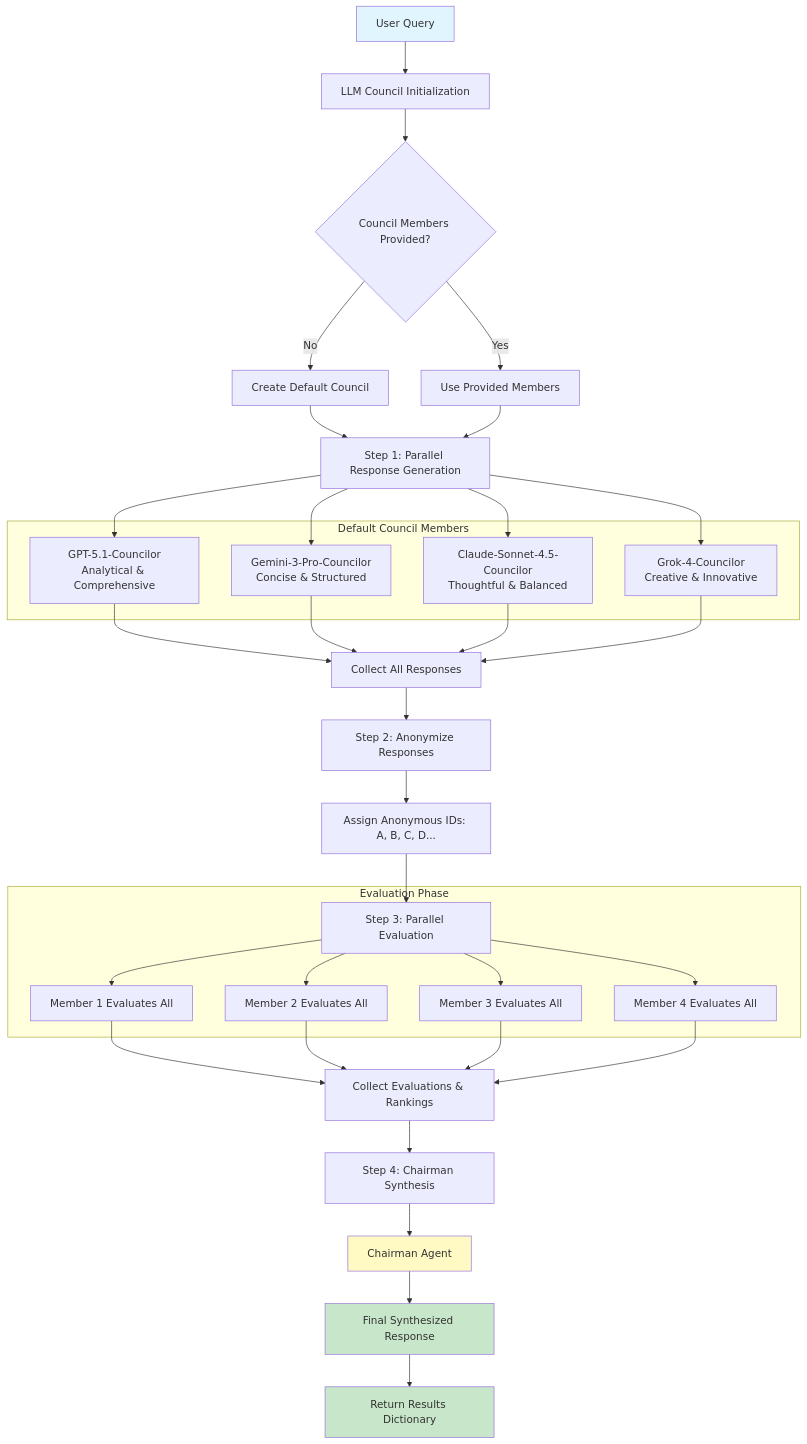
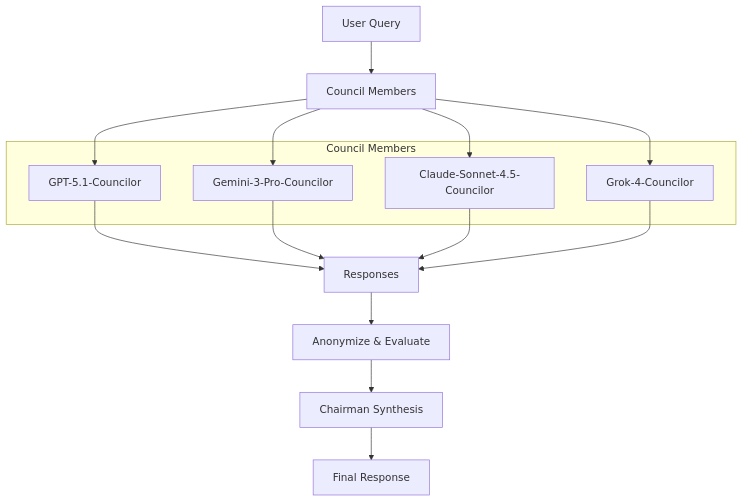
The diagram in docs/swarms/structs/llm_council.md (kyegomez/swarms), drawn with Mermaid before and after one commit. The commit also changed other lines of this file and 17 other files, not shown here.

````diff
--- a/docs/swarms/structs/llm_council.md
+++ b/docs/swarms/structs/llm_council.md
@@ -3,54 +3,26 @@
 ```mermaid
 flowchart TD
-    A[User Query] --> B[LLM Council Initialization]
-    B --> C{Council Members Provided?}
-    C -->|No| D[Create Default Council]
-    C -->|Yes| E[Use Provided Members]
-    D --> F[Step 1: Parallel Response Generation]
-    E --> F
+    A[User Query] --> B[Council Members]
     
-    subgraph "Default Council Members"
-        G1[GPT-5.1-Councilor<br/>Analytical & Comprehensive]
-        G2[Gemini-3-Pro-Councilor<br/>Concise & Structured]
-        G3[Claude-Sonnet-4.5-Councilor<br/>Thoughtful & Balanced]
-        G4[Grok-4-Councilor<br/>Creative & Innovative]
+    subgraph "Council Members"
+        C1[GPT-5.1-Councilor]
+        C2[Gemini-3-Pro-Councilor]
+        C3[Claude-Sonnet-4.5-Councilor]
+        C4[Grok-4-Councilor]
     end
     
-    F --> G1
-    F --> G2
-    F --> G3
-    F --> G4
+    B --> C1
+    B --> C2
+    B --> C3
+    B --> C4
     
-    G1 --> H[Collect All Responses]
-    G2 --> H
-    G3 --> H
-    G4 --> H
+    C1 --> D[Responses]
+    C2 --> D
+    C3 --> D
+    C4 --> D
     
-    H --> I[Step 2: Anonymize Responses]
-    I --> J[Assign Anonymous IDs: A, B, C, D...]
-    
-    J --> K[Step 3: Parallel Evaluation]
-    
-    subgraph "Evaluation Phase"
-        K --> L1[Member 1 Evaluates All]
-        K --> L2[Member 2 Evaluates All]
-        K --> L3[Member 3 Evaluates All]
-        K --> L4[Member 4 Evaluates All]
-    end
-    
-    L1 --> M[Collect Evaluations & Rankings]
-    L2 --> M
-    L3 --> M
-    L4 --> M
-    
-    M --> N[Step 4: Chairman Synthesis]
-    N --> O[Chairman Agent]
-    O --> P[Final Synthesized Response]
-    
-    P --> Q[Return Results Dictionary]
-    
-    style A fill:#e1f5ff
-    style P fill:#c8e6c9
-    style Q fill:#c8e6c9
-    style O fill:#fff9c4
+    D --> E[Anonymize & Evaluate]
+    E --> F[Chairman Synthesis]
+    F --> G[Final Response]
+
 ```
````
